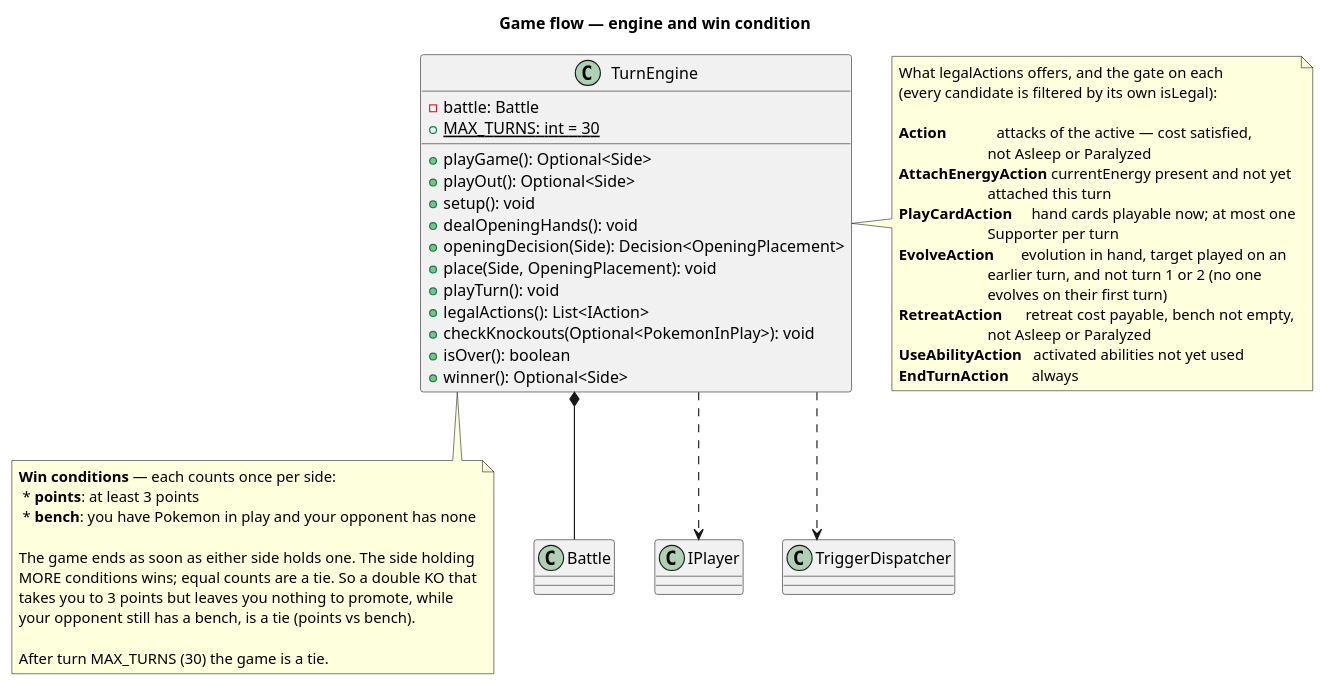
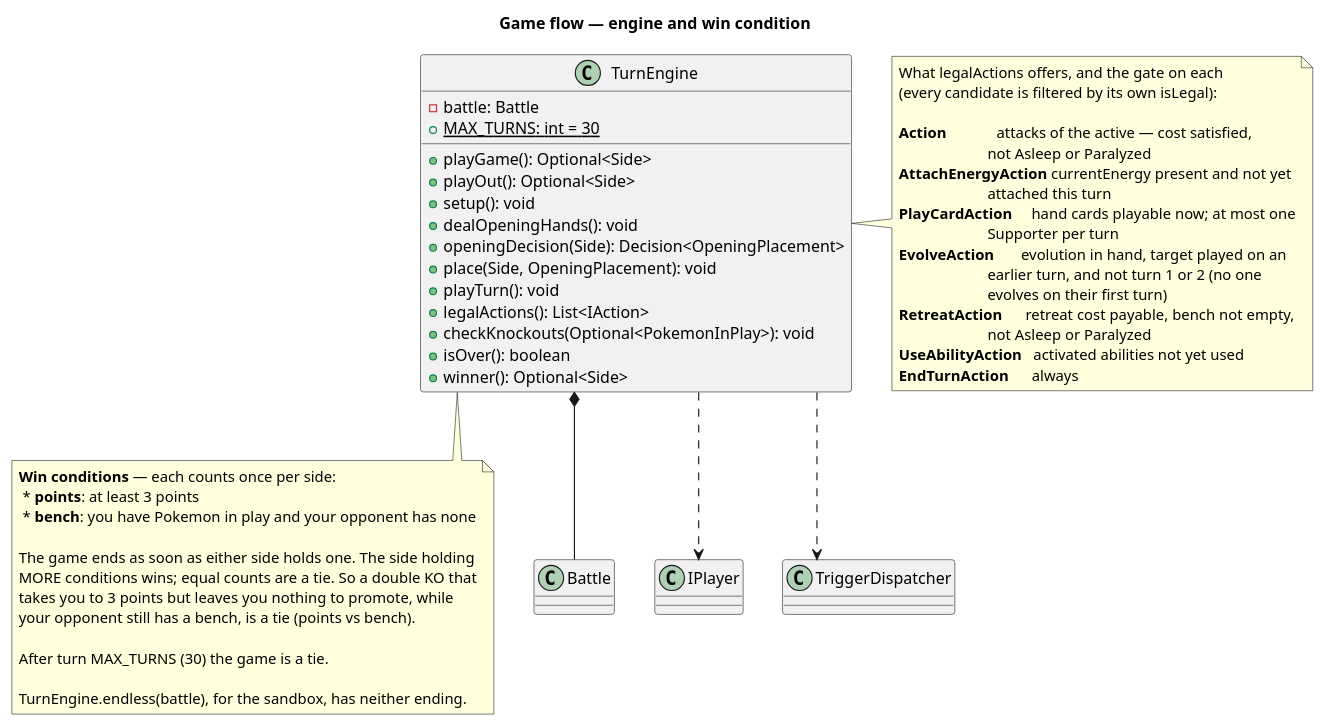
Before and after one commit to Richie-Moon/TCGPocketBattler: the first of 4 diagrams in docs/UML/GameFlow.puml, drawn with PlantUML. The commit also changed 23 other files, not shown here.

First line of the commit message:
feat: add an owner-only battle sandbox

```diff
--- a/docs/UML/GameFlow.puml
+++ b/docs/UML/GameFlow.puml
@@ -1,67 +1,69 @@
 @startuml
 title Game flow — engine and win condition
 
 skinparam linetype ortho
 
 /'
   No Phase enum. Nothing on a card reads the phase, and the engine's own
   method structure (setup, playTurn's steps) already is the phase. Add one,
   and a PhaseEntered event, when a card says "at the start of your Main phase".
 '/
 class TurnEngine {
     - battle: Battle
     + {static} MAX_TURNS: int = 30
 
     + playGame(): Optional<Side>
     + playOut(): Optional<Side>
     + setup(): void
     /' setup() in parts, for a caller that asks both players at once '/
     + dealOpeningHands(): void
     + openingDecision(Side): Decision<OpeningPlacement>
     + place(Side, OpeningPlacement): void
     + playTurn(): void
     /' Only ever for battle.attacker(): every ITarget is turn-relative, so
        there is deliberately no Side parameter. '/
     + legalActions(): List<IAction>
     + checkKnockouts(Optional<PokemonInPlay>): void
     + isOver(): boolean
     + winner(): Optional<Side>
 }
 
 note right of TurnEngine
   What legalActions offers, and the gate on each
   (every candidate is filtered by its own isLegal):
 
   **Action**             attacks of the active — cost satisfied,
                          not Asleep or Paralyzed
   **AttachEnergyAction** currentEnergy present and not yet
                          attached this turn
   **PlayCardAction**     hand cards playable now; at most one
                          Supporter per turn
   **EvolveAction**       evolution in hand, target played on an
                          earlier turn, and not turn 1 or 2 (no one
                          evolves on their first turn)
   **RetreatAction**      retreat cost payable, bench not empty,
                          not Asleep or Paralyzed
   **UseAbilityAction**   activated abilities not yet used
   **EndTurnAction**      always
 end note
 
 note bottom of TurnEngine
   **Win conditions** — each counts once per side:
    * **points**: at least 3 points
    * **bench**: you have Pokemon in play and your opponent has none
 
   The game ends as soon as either side holds one. The side holding
   MORE conditions wins; equal counts are a tie. So a double KO that
   takes you to 3 points but leaves you nothing to promote, while
   your opponent still has a bench, is a tie (points vs bench).
 
   After turn MAX_TURNS (30) the game is a tie.
+
+  TurnEngine.endless(battle), for the sandbox, has neither ending.
 end note
 
 TurnEngine *-- Battle
 TurnEngine ..> IPlayer
 TurnEngine ..> TriggerDispatcher
 
 @enduml
```
